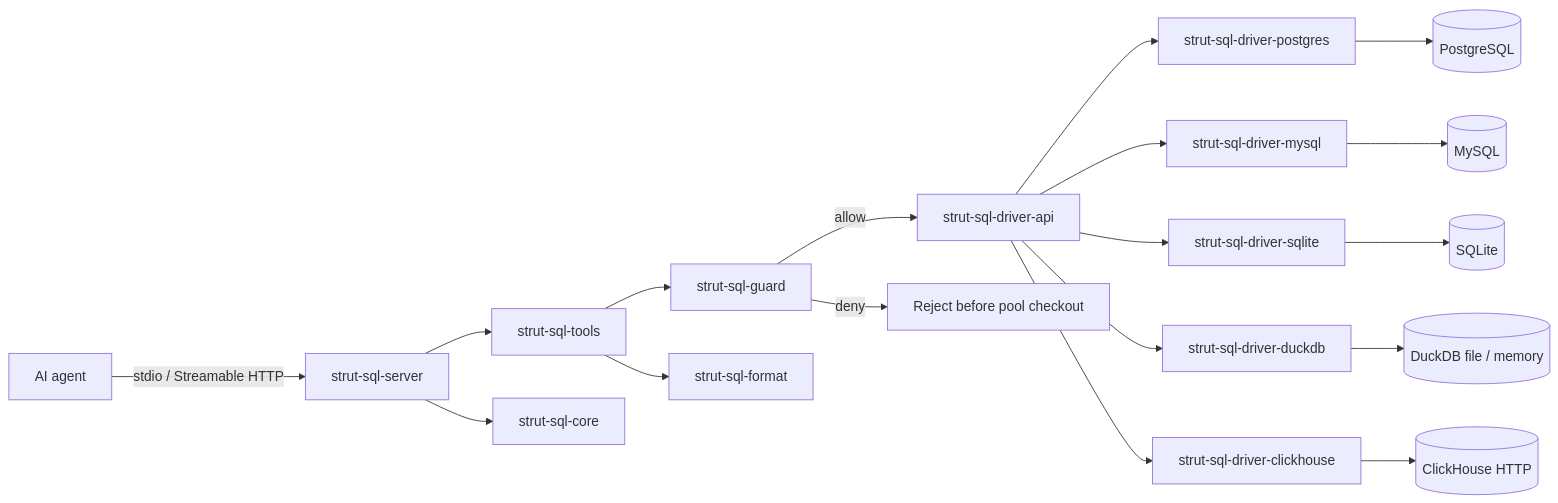
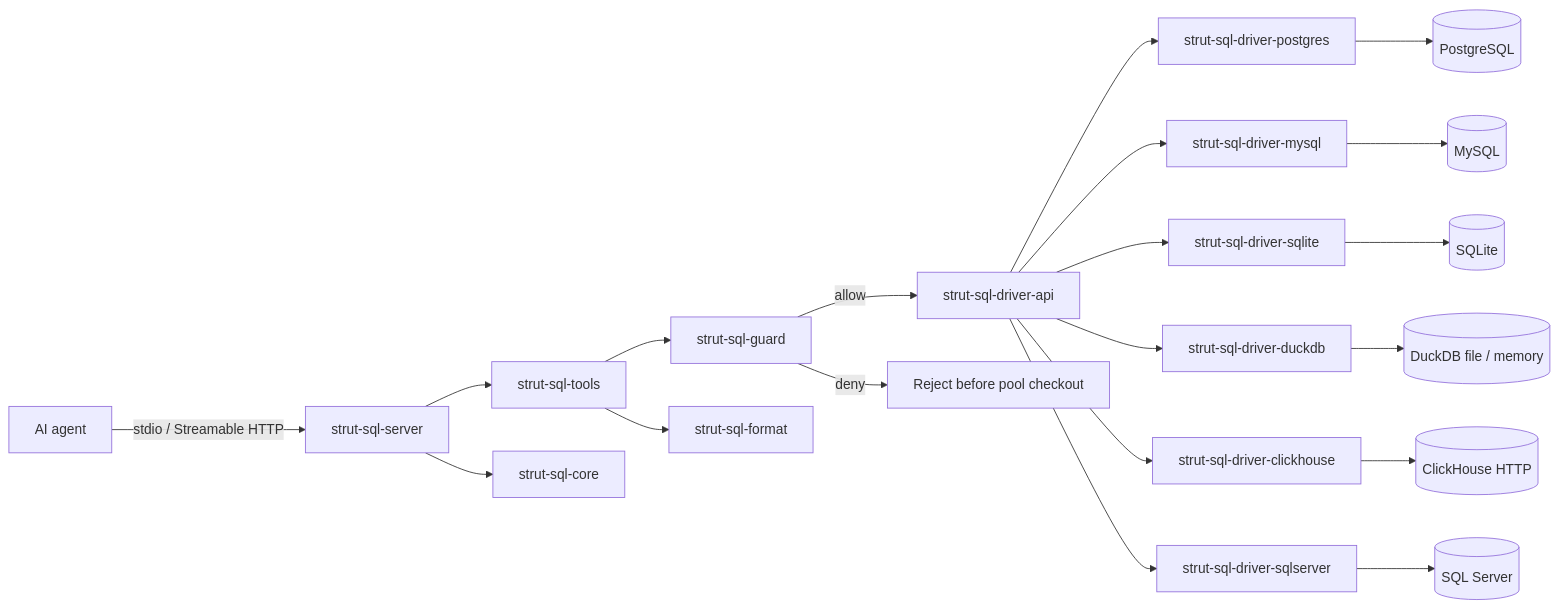
The diagram in README.md (rzlco666/strut-stack-sql), drawn with Mermaid before and after one commit. The commit also changed other lines of this file and 11 other files, not shown here.

Commit message:
docs(v2): document SQL Server verification

````diff
--- a/README.md
+++ b/README.md
@@ -136,20 +148,22 @@
 ```mermaid
 flowchart LR
   Agent[AI agent] -->|stdio / Streamable HTTP| Server[strut-sql-server]
   Server --> Tools[strut-sql-tools]
   Tools --> Guard[strut-sql-guard]
   Guard -->|allow| DriverAPI[strut-sql-driver-api]
   Guard -->|deny| NoDB[Reject before pool checkout]
   DriverAPI --> PG[strut-sql-driver-postgres]
   DriverAPI --> MY[strut-sql-driver-mysql]
   DriverAPI --> SQ[strut-sql-driver-sqlite]
   DriverAPI --> DK[strut-sql-driver-duckdb]
   DriverAPI --> CH[strut-sql-driver-clickhouse]
+  DriverAPI --> MS[strut-sql-driver-sqlserver]
   PG --> DB[(PostgreSQL)]
   MY --> DB2[(MySQL)]
   SQ --> DB3[(SQLite)]
   DK --> DB4[(DuckDB file / memory)]
   CH --> DB5[(ClickHouse HTTP)]
+  MS --> DB6[(SQL Server)]
   Tools --> Format[strut-sql-format]
   Server --> Core[strut-sql-core]
 ```
````
